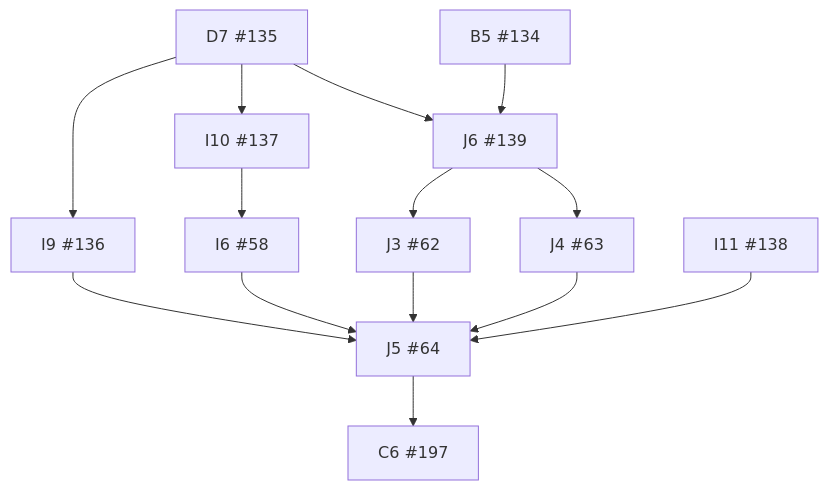
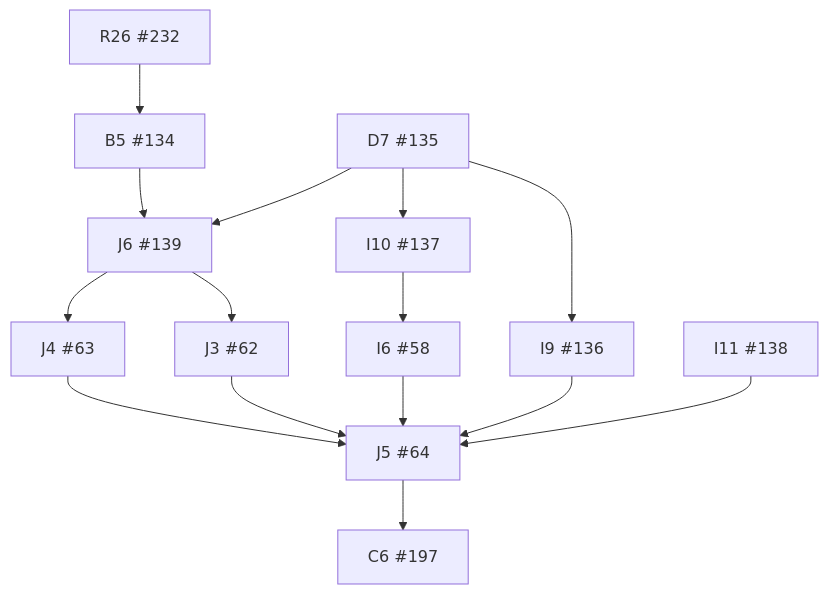
One commit to wojtekpiskorz/kiero changed the diagram in docs/implementation/dependency-graph.md. Above: the diagram before and after it, drawn with Mermaid. The commit also changed other lines of this file and 60 other files, not shown here.

````diff
--- a/docs/implementation/dependency-graph.md
+++ b/docs/implementation/dependency-graph.md
@@ -9,27 +9,29 @@
 ```mermaid
 flowchart TD
   I6["I6 #58"]
   J3["J3 #62"]
   J4["J4 #63"]
   J5["J5 #64"]
   B5["B5 #134"]
   D7["D7 #135"]
   I9["I9 #136"]
   I10["I10 #137"]
   I11["I11 #138"]
   J6["J6 #139"]
   C6["C6 #197"]
+  R26["R26 #232"]
   I10 --> I6
   J6 --> J3
   J6 --> J4
   I6 --> J5
   J3 --> J5
   J4 --> J5
   I9 --> J5
   I11 --> J5
+  R26 --> B5
   D7 --> I9
   D7 --> I10
   D7 --> J6
   B5 --> J6
   J5 --> C6
 ```
````
